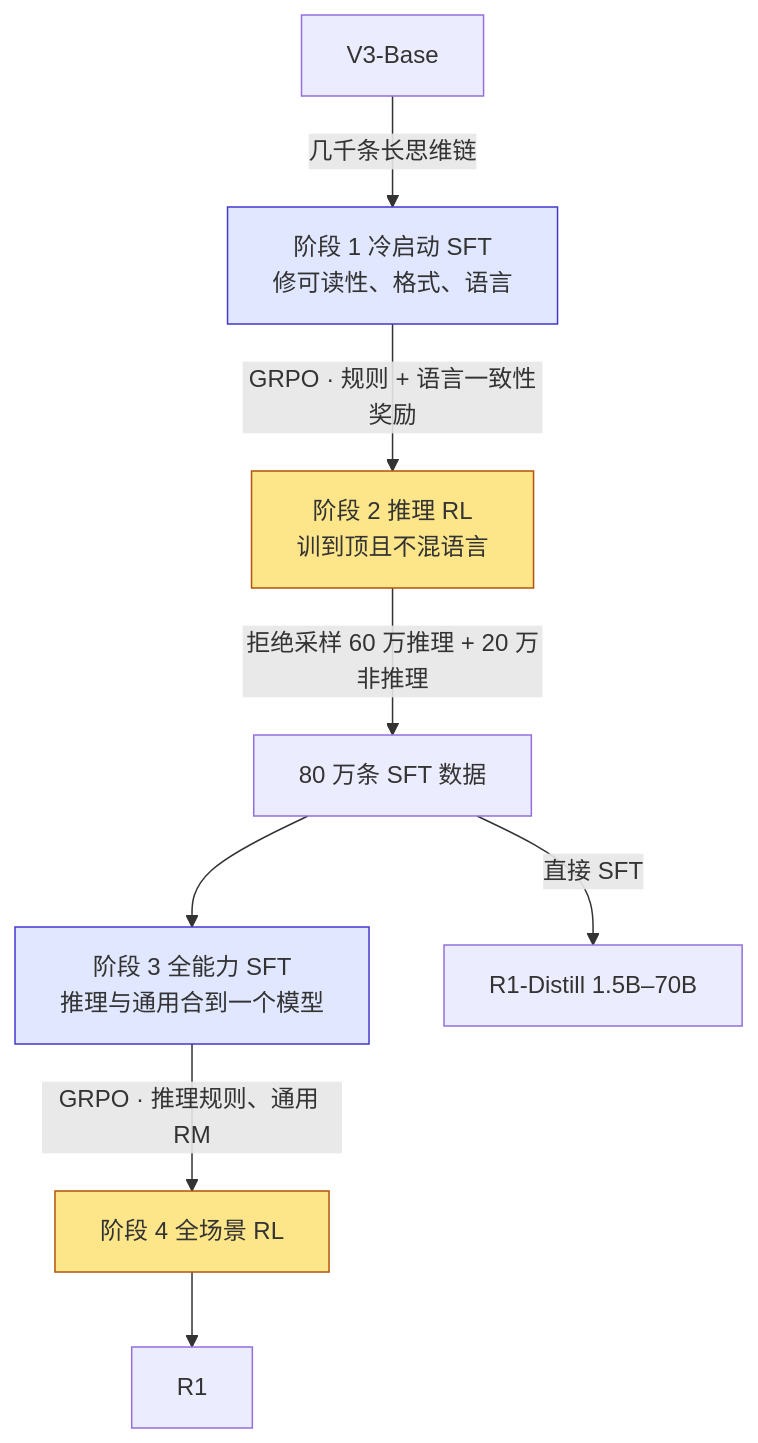
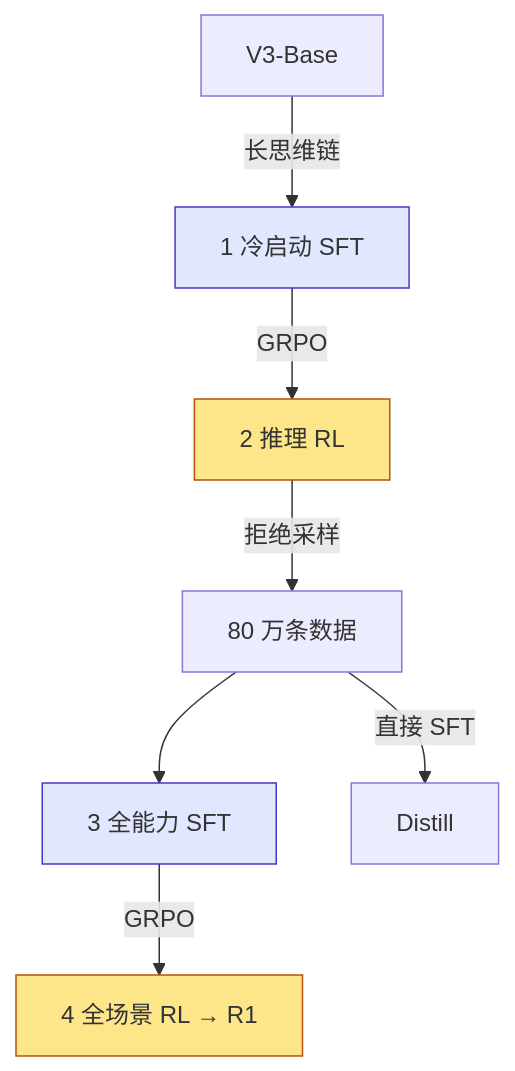
Before and after one commit to arganzheng/arganzheng.github.com: the sixth of 7 diagrams in slides/2026-04-23-post-training.md, drawn with Mermaid. The commit also changed other lines of this file, not shown here.

Commit message:
slides/post-training: cut/shorten mermaid diagrams below 14px rendered text (check-render smalltext/overlap)

````diff
--- a/slides/2026-04-23-post-training.md
+++ b/slides/2026-04-23-post-training.md
@@ -198,14 +198,14 @@
 ```mermaid
 %%{init: {"flowchart": {"wrappingWidth": 210}}}%%
 flowchart TB
-    B["V3-Base"] -->|"几千条长思维链"| S1["阶段 1 冷启动 SFT<br/>修可读性、格式、语言"]
-    S1 -->|"GRPO · 规则 + 语言一致性奖励"| S2["阶段 2 推理 RL<br/>训到顶且不混语言"]
-    S2 -->|"拒绝采样 60 万推理 + 20 万非推理"| D["80 万条 SFT 数据"]
-    D --> S3["阶段 3 全能力 SFT<br/>推理与通用合到一个模型"]
-    S3 -->|"GRPO · 推理规则、通用 RM"| S4["阶段 4 全场景 RL"] --> R1["R1"]
-    D -->|"直接 SFT"| DIST["R1-Distill 1.5B–70B"]
+    B["V3-Base"] -->|"长思维链"| S1["1 冷启动 SFT"]
+    S1 -->|"GRPO"| S2["2 推理 RL"]
+    S2 -->|"拒绝采样"| D["80 万条数据"]
+    D --> S3["3 全能力 SFT"]
+    S3 -->|"GRPO"| S4["4 全场景 RL → R1"]
+    D -->|"直接 SFT"| DIST["Distill"]
     classDef rl fill:#fde68a,stroke:#b45309
     classDef sft fill:#e0e7ff,stroke:#4338ca
     class S2,S4 rl
     class S1,S3 sft
 ```
````
